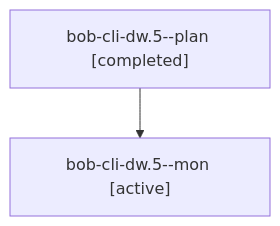
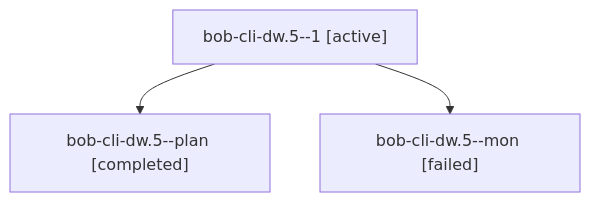
One commit to bobs-org/bob-cli--agents changed the diagram in sessions/bbugyi200.athena.bob-cli-dw.5.md. Above: the diagram before and after it, drawn with Mermaid. The commit also changed other lines of this file and 27 other files, not shown here.

````diff
--- a/sessions/bbugyi200.athena.bob-cli-dw.5.md
+++ b/sessions/bbugyi200.athena.bob-cli-dw.5.md
@@ -9,6 +9,8 @@
 ```mermaid
 flowchart TD
-  n0["bob-cli-dw.5--plan [completed]"]
-  n1["bob-cli-dw.5--mon [active]"]
+  n0["bob-cli-dw.5--1 [active]"]
+  n1["bob-cli-dw.5--plan [completed]"]
   n0 --> n1
+  n2["bob-cli-dw.5--mon [failed]"]
+  n0 --> n2
 ```
````
